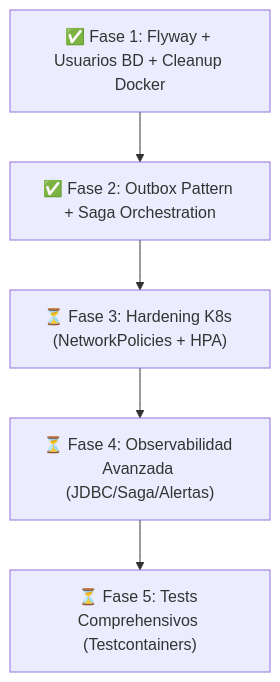
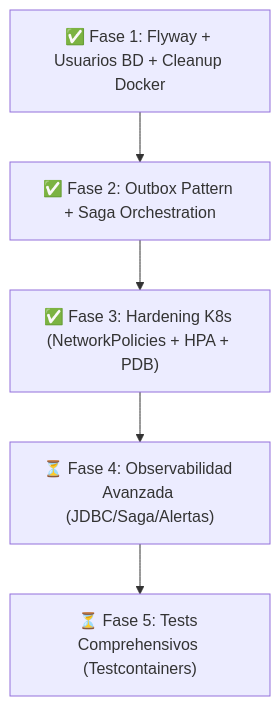
Before and after one commit to bleidertcs/fintech-wallet: the diagram in TAREAS_PENDIENTES.md, drawn with Mermaid. The commit also changed other lines of this file and 12 other files, not shown here.

Commit message:
feat: implement Kubernetes NetworkPolicies, PodDisruptionBudgets, and service configurations for infrastructure hardening.

````diff
--- a/TAREAS_PENDIENTES.md
+++ b/TAREAS_PENDIENTES.md
@@ -29,7 +32,7 @@
 ```mermaid
 graph TD
     Fase1["✅ Fase 1: Flyway + Usuarios BD + Cleanup Docker"] --> Fase2["✅ Fase 2: Outbox Pattern + Saga Orchestration"]
-    Fase2 --> Fase3["⏳ Fase 3: Hardening K8s (NetworkPolicies + HPA)"]
+    Fase2 --> Fase3["✅ Fase 3: Hardening K8s (NetworkPolicies + HPA + PDB)"]
     Fase3 --> Fase4["⏳ Fase 4: Observabilidad Avanzada (JDBC/Saga/Alertas)"]
     Fase4 --> Fase5["⏳ Fase 5: Tests Comprehensivos (Testcontainers)"]
 ```
````
